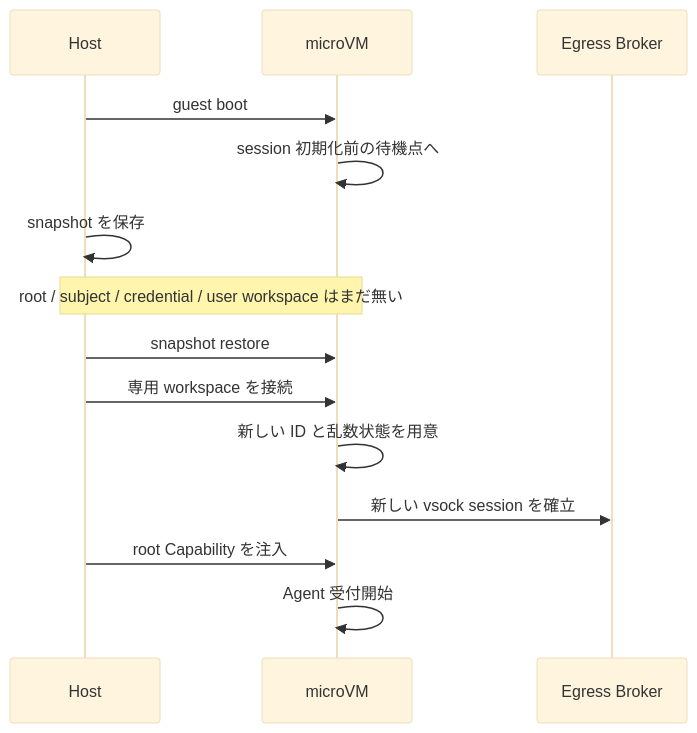
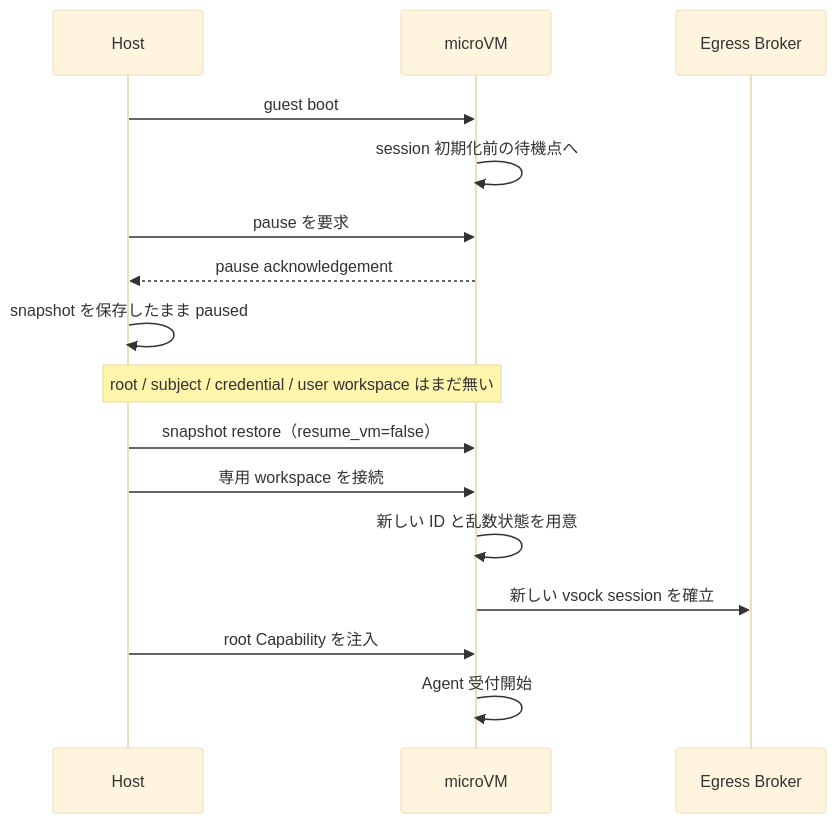
One commit to Aqua-218/SecCamp-AIAgent changed the third of 3 diagrams in docs/design/runtime-isolation.md. Above: the diagram before and after it, drawn with Mermaid (base theme). The commit also changed other lines of this file, not shown here.

````diff
--- a/docs/design/runtime-isolation.md
+++ b/docs/design/runtime-isolation.md
@@ -123,17 +135,19 @@
 ```mermaid
 sequenceDiagram
     participant H as Host
     participant V as microVM
     participant B as Egress Broker
 
     H->>V: guest boot
     V->>V: session 初期化前の待機点へ
-    H->>H: snapshot を保存
+    H->>V: pause を要求
+    V-->>H: pause acknowledgement
+    H->>H: snapshot を保存したまま paused
     Note over H,V: root / subject / credential / user workspace はまだ無い
-    H->>V: snapshot restore
+    H->>V: snapshot restore（resume_vm=false）
     H->>V: 専用 workspace を接続
     V->>V: 新しい ID と乱数状態を用意
     V->>B: 新しい vsock session を確立
     H->>V: root Capability を注入
     V->>V: Agent 受付開始
 ```
````
